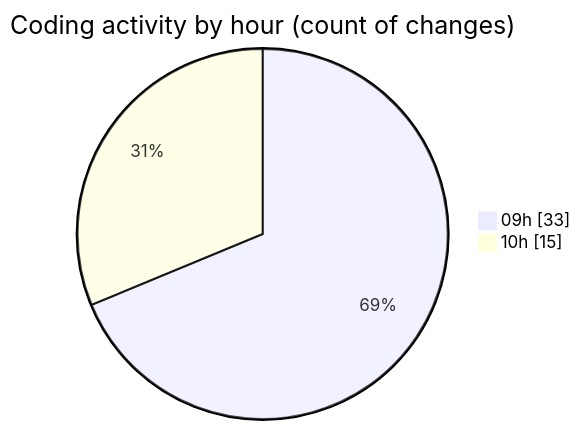
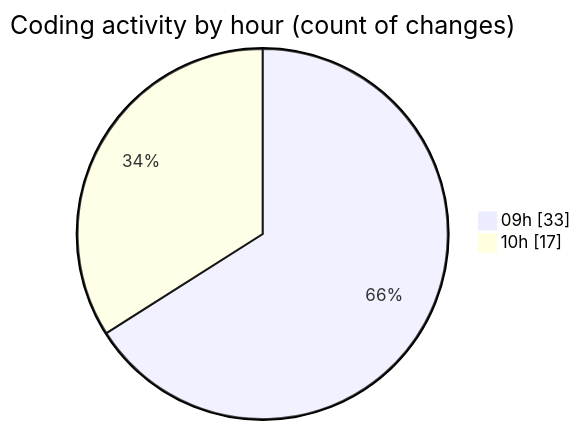
The second of 2 diagrams in 2025-05-20/ecodeli-1/README.md (CELIANVF/code-tracking), drawn with Mermaid before and after one commit. The commit also changed other lines of this file and 1 other file, not shown here.

````diff
--- a/2025-05-20/ecodeli-1/README.md
+++ b/2025-05-20/ecodeli-1/README.md
@@ -49,6 +51,6 @@
 ```mermaid
 pie showData
 title Coding activity by hour (count of changes)
 "09h" : 33
-"10h" : 15
+"10h" : 17
 ```
````
